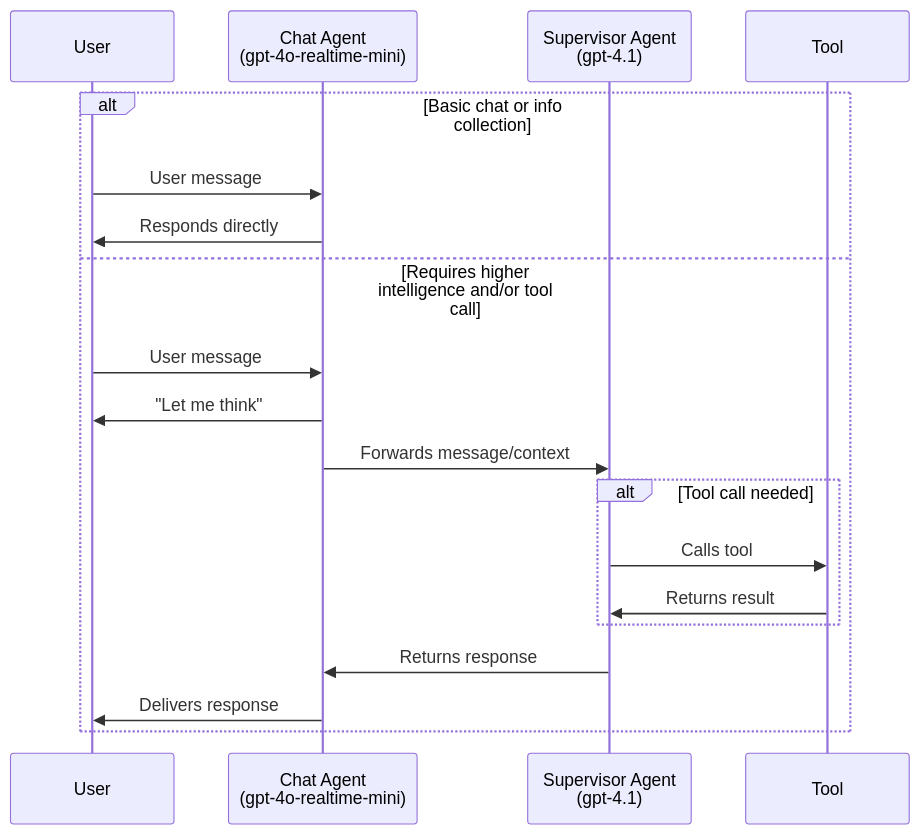
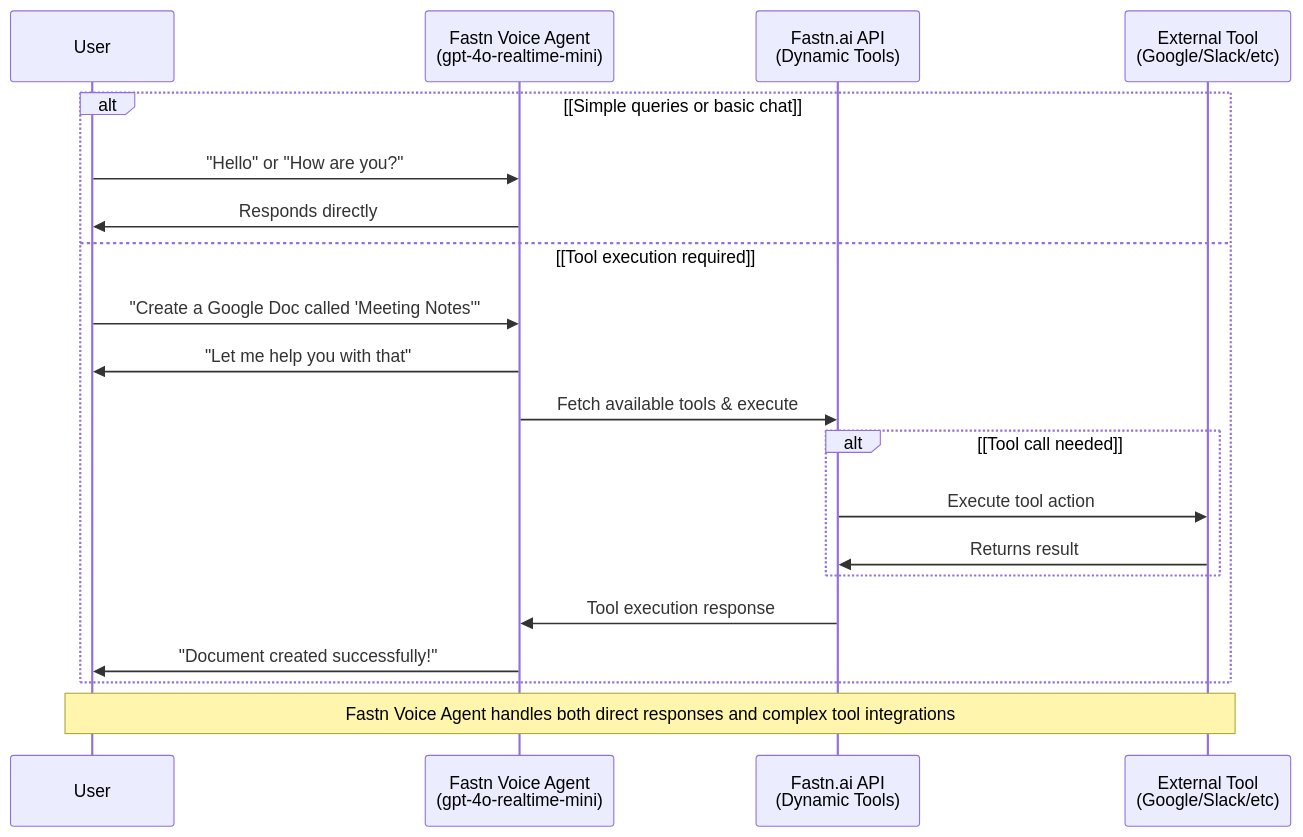
One commit to umarfarooqfastn/fastn-voice-force changed the diagram in README.md. Above: the diagram before and after it, drawn with Mermaid. The commit also changed other lines of this file and 15 other files, not shown here.

Commit message:
Added Fastn Doc Agent and Updated ReadMe File

````diff
--- a/README.md
+++ b/README.md
@@ -41,22 +62,24 @@
 ```mermaid
 sequenceDiagram
     participant User
-    participant ChatAgent as Chat Agent<br/>(gpt-4o-realtime-mini)
-    participant Supervisor as Supervisor Agent<br/>(gpt-4.1)
-    participant Tool as Tool
+    participant FastnAgent as Fastn Voice Agent<br/>(gpt-4o-realtime-mini)
+    participant FastnAPI as Fastn.ai API<br/>(Dynamic Tools)
+    participant ExternalTool as External Tool<br/>(Google/Slack/etc)
 
-    alt Basic chat or info collection
-        User->>ChatAgent: User message
-        ChatAgent->>User: Responds directly
-    else Requires higher intelligence and/or tool call
-        User->>ChatAgent: User message
-        ChatAgent->>User: "Let me think"
-        ChatAgent->>Supervisor: Forwards message/context
-        alt Tool call needed
-            Supervisor->>Tool: Calls tool
-            Tool->>Supervisor: Returns result
+    alt [Simple queries or basic chat]
+        User->>FastnAgent: "Hello" or "How are you?"
+        FastnAgent->>User: Responds directly
+    else [Tool execution required]
+        User->>FastnAgent: "Create a Google Doc called 'Meeting Notes'"
+        FastnAgent->>User: "Let me help you with that"
+        FastnAgent->>FastnAPI: Fetch available tools & execute
+        alt [Tool call needed]
+            FastnAPI->>ExternalTool: Execute tool action
+            ExternalTool->>FastnAPI: Returns result
         end
-        Supervisor->>ChatAgent: Returns response
-        ChatAgent->>User: Delivers response
+        FastnAPI->>FastnAgent: Tool execution response
+        FastnAgent->>User: "Document created successfully!"
     end
+
+    Note over User, ExternalTool: Fastn Voice Agent handles both direct responses and complex tool integrations
 ```
````
